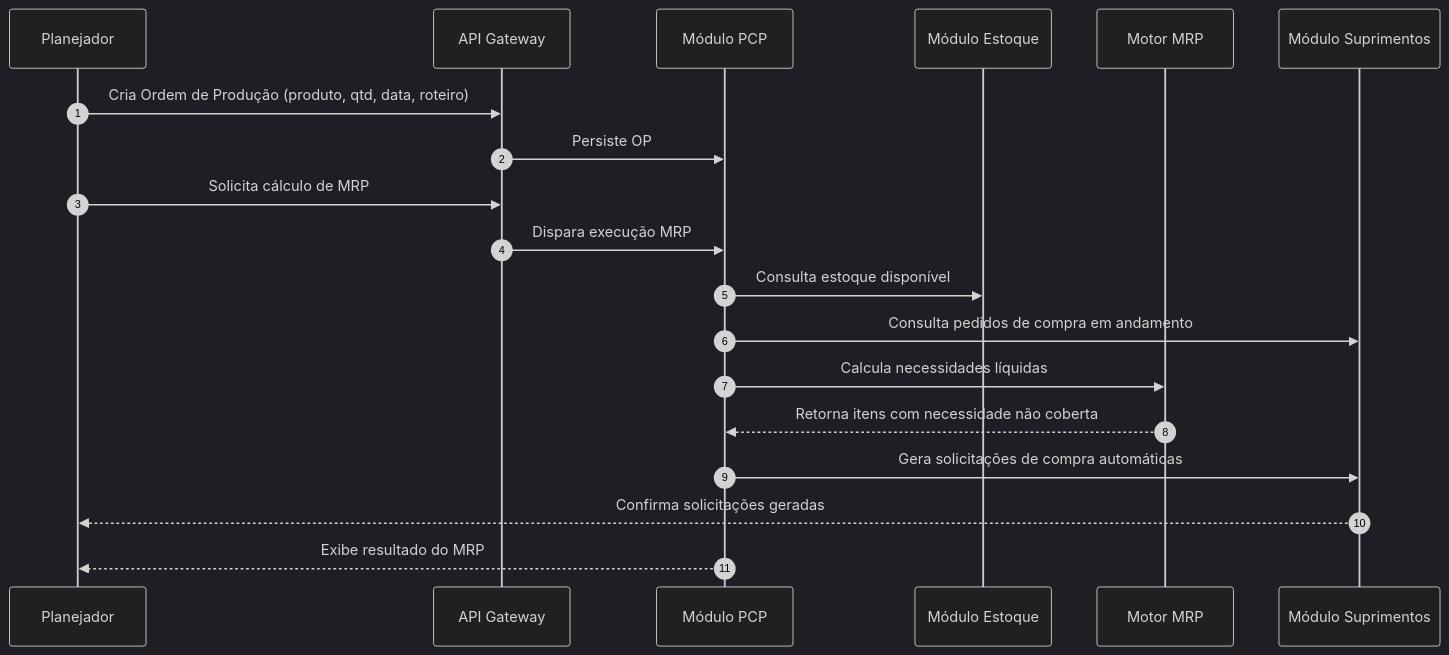
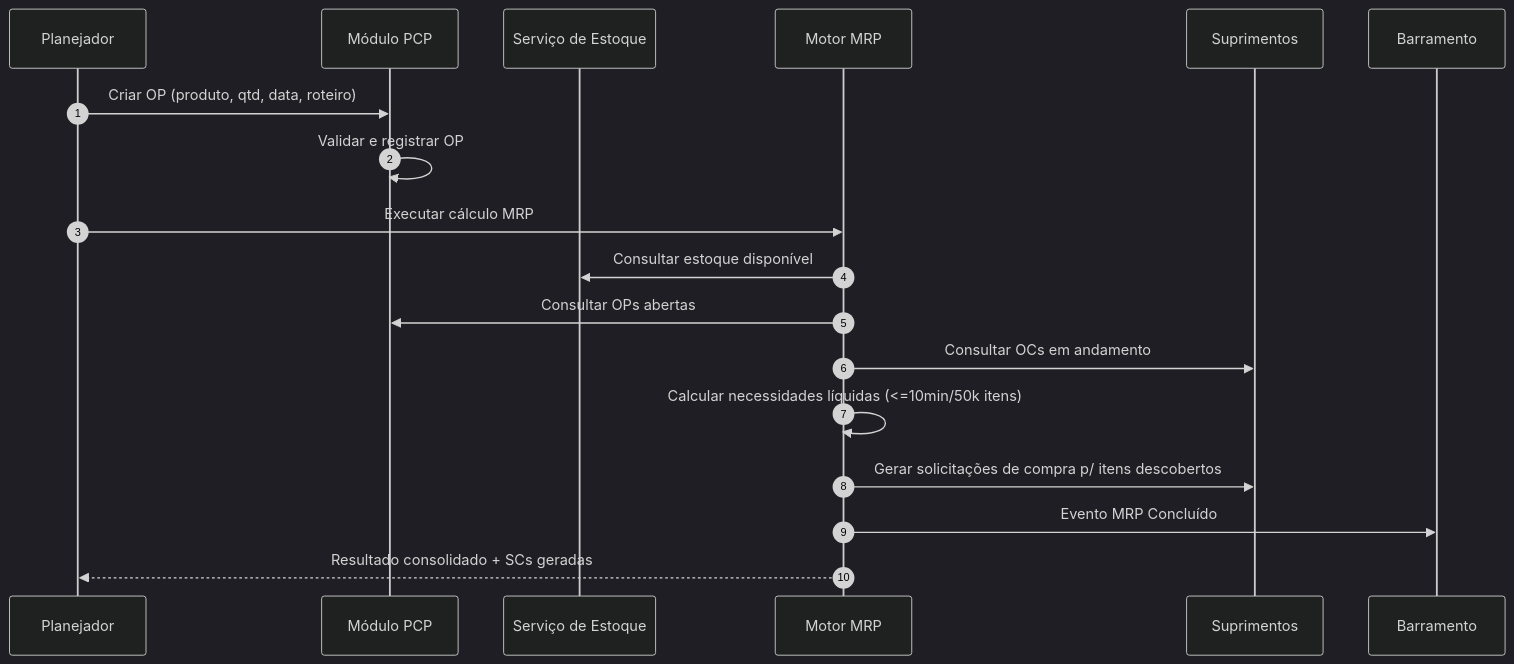
Before and after one commit to PDC-ESIA/AI4ES: the third of 4 diagrams in docs/Time_2_Design/analise-qualitativa/outputs/relatorio_claude_opus_4_8_G03.md, drawn with Mermaid (dark theme). The commit also changed other lines of this file and 107 other files, not shown here.

````diff
--- a/docs/Time_2_Design/analise-qualitativa/outputs/relatorio_claude_opus_4_8_G03.md
+++ b/docs/Time_2_Design/analise-qualitativa/outputs/relatorio_claude_opus_4_8_G03.md
@@ -130,22 +134,21 @@
 ```mermaid
 sequenceDiagram
     autonumber
-    participant P as Planejador
-    participant GW as API Gateway
+    participant PL as Planejador
     participant PCP as Módulo PCP
-    participant EST as Módulo Estoque
+    participant EST as Serviço de Estoque
     participant MRP as Motor MRP
-    participant SUP as Módulo Suprimentos
+    participant SUP as Suprimentos
+    participant BUS as Barramento
 
-    P->>GW: Cria Ordem de Produção (produto, qtd, data, roteiro)
-    GW->>PCP: Persiste OP
-    P->>GW: Solicita cálculo de MRP
-    GW->>PCP: Dispara execução MRP
-    PCP->>EST: Consulta estoque disponível
-    PCP->>SUP: Consulta pedidos de compra em andamento
-    PCP->>MRP: Calcula necessidades líquidas
-    MRP-->>PCP: Retorna itens com necessidade não coberta
-    PCP->>SUP: Gera solicitações de compra automáticas
-    SUP-->>P: Confirma solicitações geradas
-    PCP-->>P: Exibe resultado do MRP
+    PL->>PCP: Criar OP (produto, qtd, data, roteiro)
+    PCP->>PCP: Validar e registrar OP
+    PL->>MRP: Executar cálculo MRP
+    MRP->>EST: Consultar estoque disponível
+    MRP->>PCP: Consultar OPs abertas
+    MRP->>SUP: Consultar OCs em andamento
+    MRP->>MRP: Calcular necessidades líquidas (<=10min/50k itens)
+    MRP->>SUP: Gerar solicitações de compra p/ itens descobertos
+    MRP->>BUS: Evento MRP Concluído
+    MRP-->>PL: Resultado consolidado + SCs geradas
 ```
````
